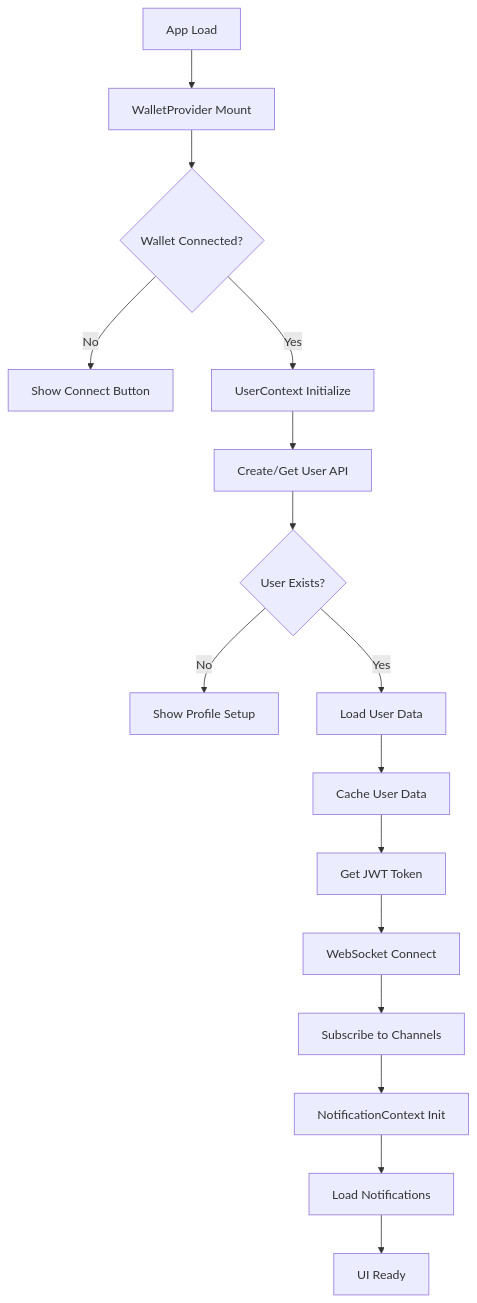
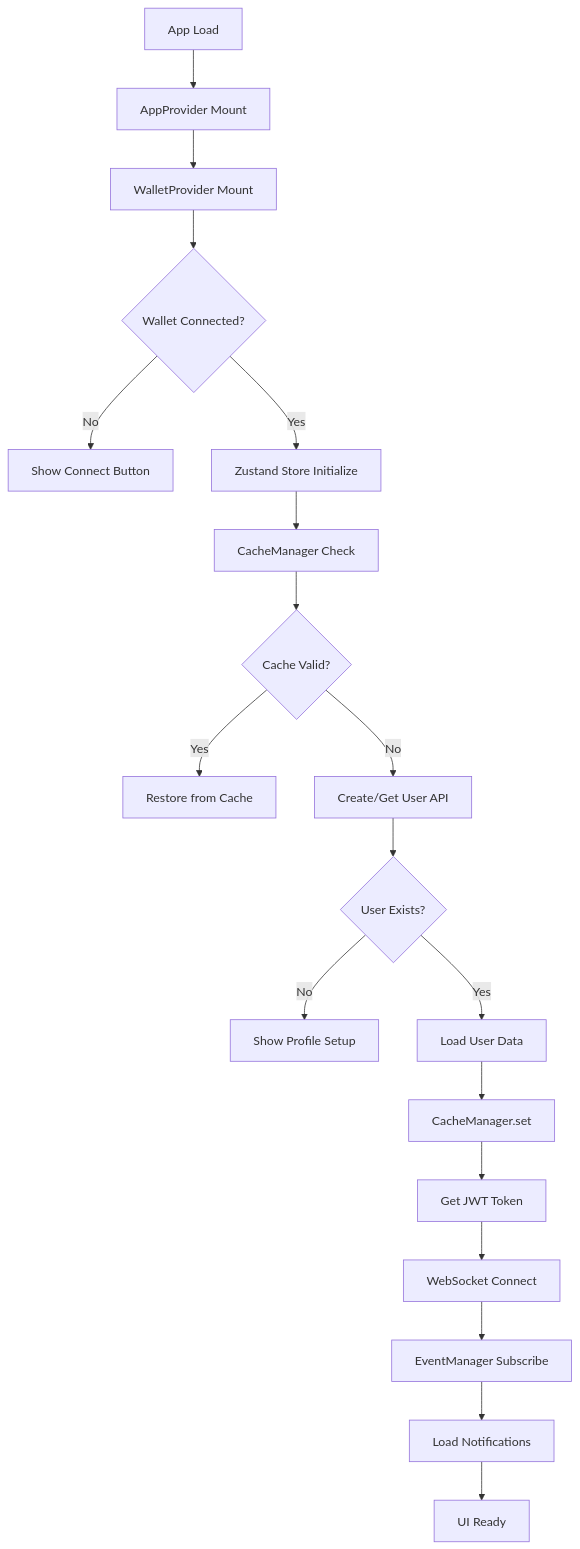
The first of 3 diagrams in docs/Fonana_Context_Flows.md (DarthNec/Fonana), drawn with Mermaid before and after one commit. The commit also changed other lines of this file and 63 other files, not shown here.

First line of the commit message:
🏁 ARCHITECTURE FINALIZATION: Complete migration to Zustand + CacheManager + WebSocketEventManager

````diff
--- a/docs/Fonana_Context_Flows.md
+++ b/docs/Fonana_Context_Flows.md
@@ -50,18 +49,21 @@
 ```mermaid
 graph TD
-    A[App Load] --> B[WalletProvider Mount]
-    B --> C{Wallet Connected?}
-    C -->|No| D[Show Connect Button]
-    C -->|Yes| E[UserContext Initialize]
-    E --> F[Create/Get User API]
-    F --> G{User Exists?}
-    G -->|No| H[Show Profile Setup]
-    G -->|Yes| I[Load User Data]
-    I --> J[Cache User Data]
-    J --> K[Get JWT Token]
-    K --> L[WebSocket Connect]
-    L --> M[Subscribe to Channels]
-    M --> N[NotificationContext Init]
-    N --> O[Load Notifications]
-    O --> P[UI Ready]
+    A[App Load] --> B[AppProvider Mount]
+    B --> C[WalletProvider Mount]
+    C --> D{Wallet Connected?}
+    D -->|No| E[Show Connect Button]
+    D -->|Yes| F[Zustand Store Initialize]
+    F --> G[CacheManager Check]
+    G --> H{Cache Valid?}
+    H -->|Yes| I[Restore from Cache]
+    H -->|No| J[Create/Get User API]
+    J --> K{User Exists?}
+    K -->|No| L[Show Profile Setup]
+    K -->|Yes| M[Load User Data]
+    M --> N[CacheManager.set]
+    N --> O[Get JWT Token]
+    O --> P[WebSocket Connect]
+    P --> Q[EventManager Subscribe]
+    Q --> R[Load Notifications]
+    R --> S[UI Ready]
 ```
````
